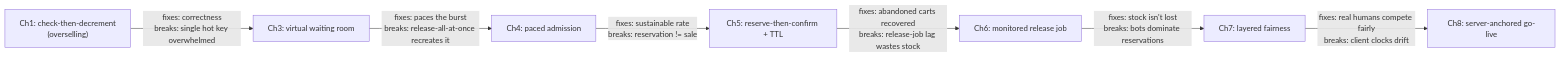
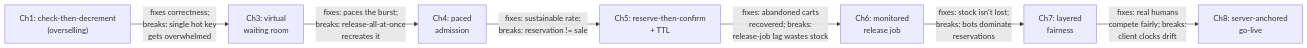
Diagram 12 of 13 in system-design/HLD/0-course/60-Design-a-Flash-Sale-System-FAANG-Guide-story.md (riyaz-pasha/Learnings), drawn with Mermaid before and after one commit. The commit also changed other lines of this file and 2 other files, not shown here.

Commit message:
[REWRITE] Flash Sale System story guide: simplify prose, add structure, fix diagrams

````diff
--- a/system-design/HLD/0-course/60-Design-a-Flash-Sale-System-FAANG-Guide-story.md
+++ b/system-design/HLD/0-course/60-Design-a-Flash-Sale-System-FAANG-Guide-story.md
@@ -284,9 +651,9 @@
 ```mermaid
 flowchart LR
-    A["Ch1: check-then-decrement\n(overselling)"] -->|"fixes: correctness\nbreaks: single hot key overwhelmed"| B["Ch3: virtual waiting room"]
-    B -->|"fixes: paces the burst\nbreaks: release-all-at-once recreates it"| C["Ch4: paced admission"]
-    C -->|"fixes: sustainable rate\nbreaks: reservation != sale"| D["Ch5: reserve-then-confirm + TTL"]
-    D -->|"fixes: abandoned carts recovered\nbreaks: release-job lag wastes stock"| E["Ch6: monitored release job"]
-    E -->|"fixes: stock isn't lost\nbreaks: bots dominate reservations"| F["Ch7: layered fairness"]
-    F -->|"fixes: real humans compete fairly\nbreaks: client clocks drift"| G["Ch8: server-anchored go-live"]
+    A["Ch1: check-then-decrement<br/>(overselling)"] -->|"fixes correctness;<br/>breaks: single hot key<br/>gets overwhelmed"| B["Ch3: virtual<br/>waiting room"]
+    B -->|"fixes: paces the burst;<br/>breaks: release-all-at-once<br/>recreates it"| C["Ch4: paced<br/>admission"]
+    C -->|"fixes: sustainable rate;<br/>breaks: reservation != sale"| D["Ch5: reserve-then-confirm<br/>+ TTL"]
+    D -->|"fixes: abandoned carts<br/>recovered; breaks:<br/>release-job lag wastes stock"| E["Ch6: monitored<br/>release job"]
+    E -->|"fixes: stock isn't lost;<br/>breaks: bots dominate<br/>reservations"| F["Ch7: layered<br/>fairness"]
+    F -->|"fixes: real humans<br/>compete fairly; breaks:<br/>client clocks drift"| G["Ch8: server-anchored<br/>go-live"]
 ```
````
